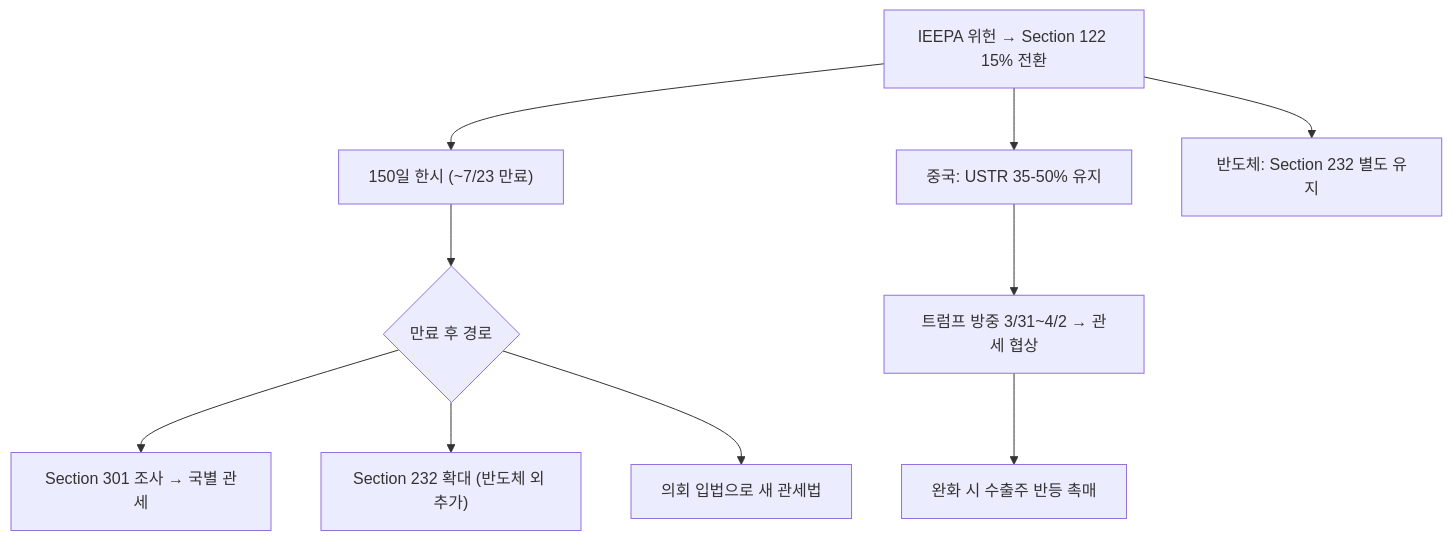
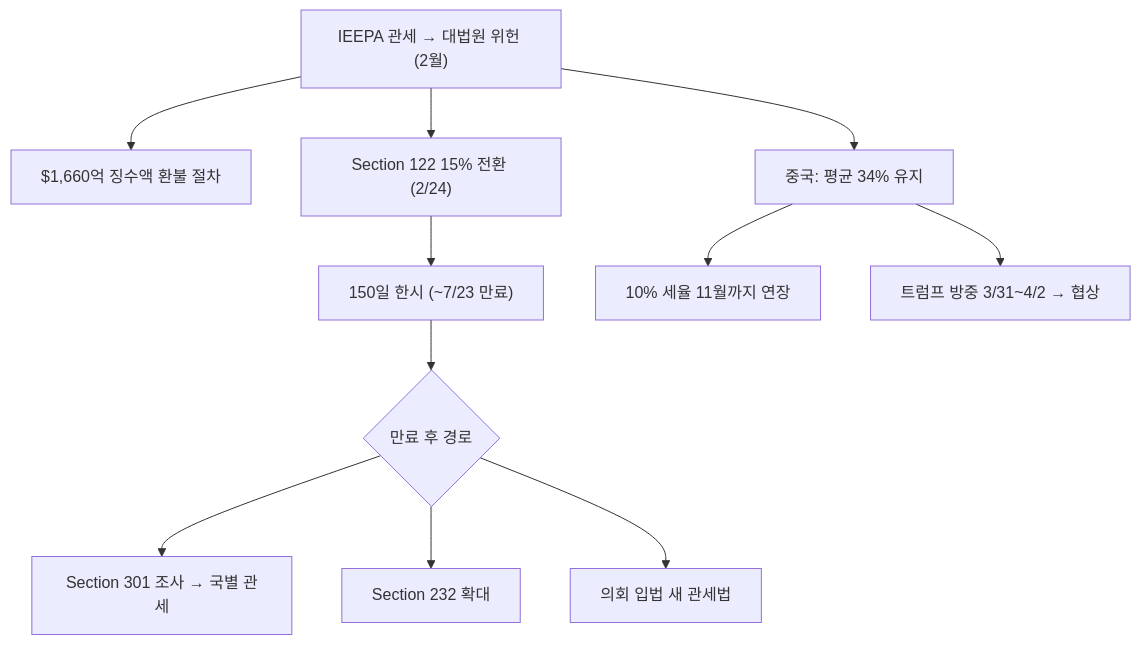
One commit to dss99911/dss99911.github.io changed the third of 4 diagrams in _posts/knowledge/invest/2026-01-21-macroeconomic-policy-sector-outlook-2026.md. Above: the diagram before and after it, drawn with Mermaid. The commit also changed other lines of this file and 15 other files, not shown here.

````diff
--- a/_posts/knowledge/invest/2026-01-21-macroeconomic-policy-sector-outlook-2026.md
+++ b/_posts/knowledge/invest/2026-01-21-macroeconomic-policy-sector-outlook-2026.md
@@ -455,12 +308,13 @@
 ```mermaid
 graph TD
-    A["IEEPA 위헌 → Section 122 15% 전환"] --> B["150일 한시 (~7/23 만료)"]
-    B --> C{"만료 후 경로"}
-    C --> D["Section 301 조사 → 국별 관세"]
-    C --> E["Section 232 확대 (반도체 외 추가)"]
-    C --> F["의회 입법으로 새 관세법"]
-    A --> G["중국: USTR 35-50% 유지"]
-    G --> H["트럼프 방중 3/31~4/2 → 관세 협상"]
-    H --> I["완화 시 수출주 반등 촉매"]
-    A --> J["반도체: Section 232 별도 유지"]
+    A["IEEPA 관세 → 대법원 위헌 (2월)"] --> B["$1,660억 징수액 환불 절차"]
+    A --> C["Section 122 15% 전환 (2/24)"]
+    C --> D["150일 한시 (~7/23 만료)"]
+    D --> E{"만료 후 경로"}
+    E --> F["Section 301 조사 → 국별 관세"]
+    E --> G["Section 232 확대"]
+    E --> H["의회 입법 새 관세법"]
+    A --> I["중국: 평균 34% 유지"]
+    I --> J["10% 세율 11월까지 연장"]
+    I --> K["트럼프 방중 3/31~4/2 → 협상"]
 ```
````
